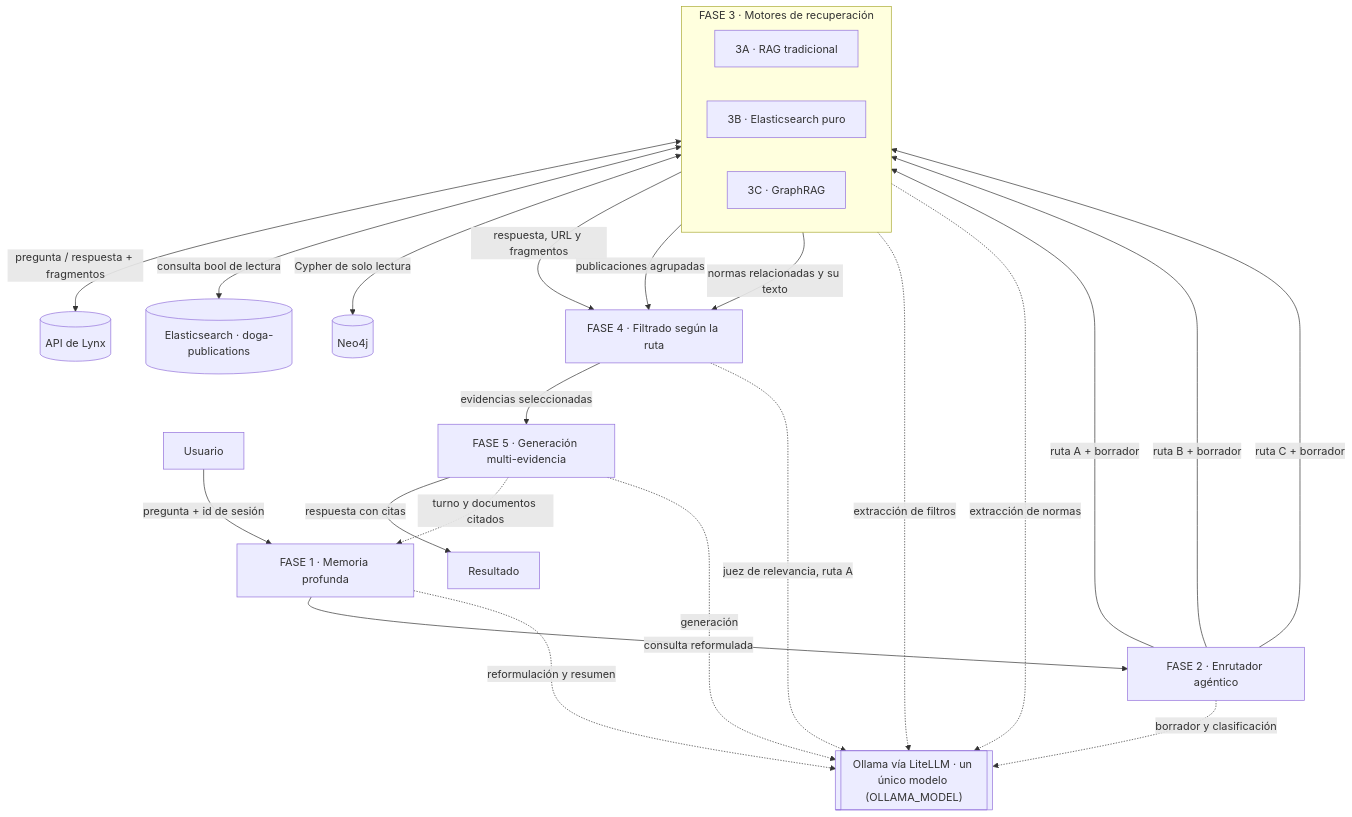
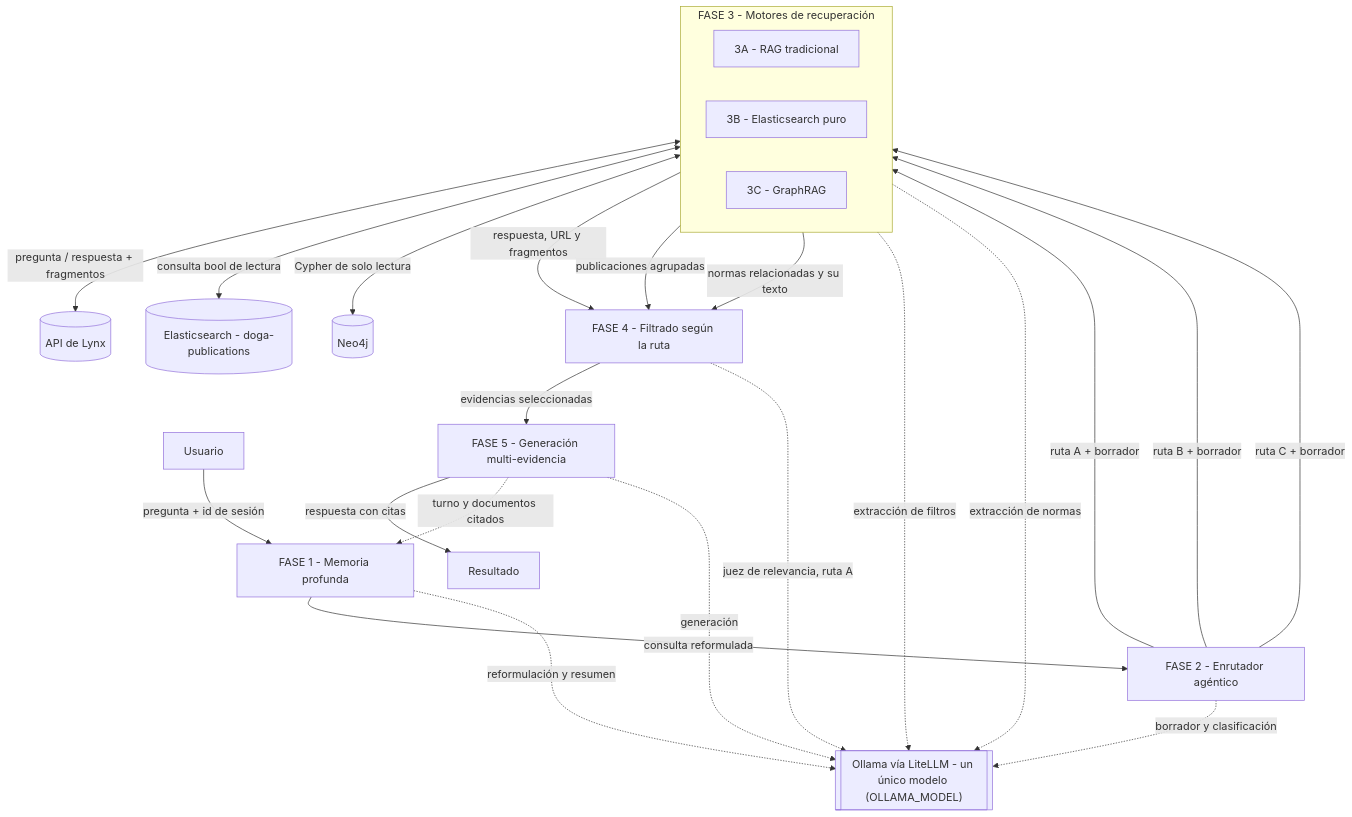
Before and after one commit to 4aac/piia2-26: the diagram in entregas/cu-09-graphrag-dog/ARCHITECTURE.md, drawn with Mermaid. The commit also changed other lines of this file and 1 other file, not shown here.

Commit message:
minor fix

````diff
--- a/entregas/cu-09-graphrag-dog/ARCHITECTURE.md
+++ b/entregas/cu-09-graphrag-dog/ARCHITECTURE.md
@@ -5,35 +5,35 @@
 ```mermaid
 flowchart TD
-    U[Usuario] -->|pregunta + id de sesión| M["FASE 1 · Memoria profunda"]
-    M -->|consulta reformulada| A["FASE 2 · Enrutador agéntico"]
+    U[Usuario] -->|pregunta + id de sesión| M["FASE 1 - Memoria profunda"]
+    M -->|consulta reformulada| A["FASE 2 - Enrutador agéntico"]
 
-    subgraph R["FASE 3 · Motores de recuperación"]
+    subgraph R["FASE 3 - Motores de recuperación"]
         direction LR
-        RAG["3A · RAG tradicional"]
-        ES["3B · Elasticsearch puro"]
-        G["3C · GraphRAG"]
+        RAG["3A - RAG tradicional"]
+        ES["3B - Elasticsearch puro"]
+        G["3C - GraphRAG"]
     end
 
     A -->|ruta A + borrador| RAG
     A -->|ruta B + borrador| ES
     A -->|ruta C + borrador| G
 
     RAG <-->|pregunta / respuesta + fragmentos| LYNX[("API de Lynx")]
-    ES <-->|consulta bool de lectura| IDX[("Elasticsearch · doga-publications")]
+    ES <-->|consulta bool de lectura| IDX[("Elasticsearch - doga-publications")]
     G <-->|Cypher de solo lectura| NEO[("Neo4j")]
 
-    RAG -->|respuesta, URL y fragmentos| F["FASE 4 · Filtrado según la ruta"]
+    RAG -->|respuesta, URL y fragmentos| F["FASE 4 - Filtrado según la ruta"]
     ES -->|publicaciones agrupadas| F
     G -->|normas relacionadas y su texto| F
-    F -->|evidencias seleccionadas| L["FASE 5 · Generación multi-evidencia"]
+    F -->|evidencias seleccionadas| L["FASE 5 - Generación multi-evidencia"]
     L -->|respuesta con citas| O[Resultado]
     L -. turno y documentos citados .-> M
 
-    LLM[["Ollama vía LiteLLM · un único modelo (OLLAMA_MODEL)"]]
+    LLM[["Ollama vía LiteLLM - un único modelo (OLLAMA_MODEL)"]]
     M -. reformulación y resumen .-> LLM
     A -. borrador y clasificación .-> LLM
     ES -. extracción de filtros .-> LLM
     G -. extracción de normas .-> LLM
     F -. juez de relevancia, ruta A .-> LLM
     L -. generación .-> LLM
 ```
````
